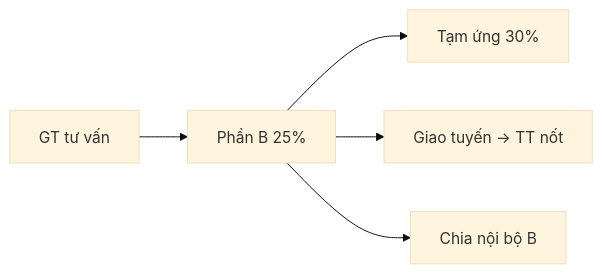
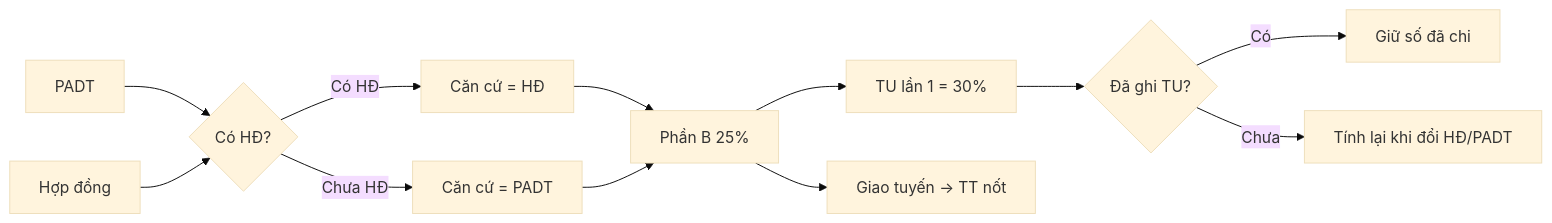
Before and after one commit to iSurvey86/outsource: the diagram in workflows/03_tai_chinh.md, drawn with Mermaid (base theme). The commit also changed other lines of this file and 92 other files, not shown here.

First line of the commit message:
Release OUTSRC 0.3.0: sổ hợp đồng và hồ sơ theo thư mục.

````diff
--- a/workflows/03_tai_chinh.md
+++ b/workflows/03_tai_chinh.md
@@ -18,7 +19,14 @@
 ```mermaid
 flowchart LR
-  GT[GT tư vấn] --> P25["Phần B 25%"]
-  P25 --> TU["Tạm ứng 30%"]
+  PADT[PADT] --> Pick{Có HĐ?}
+  HD[Hợp đồng] --> Pick
+  Pick -->|Có HĐ| Base[Căn cứ = HĐ]
+  Pick -->|Chưa HĐ| Base2[Căn cứ = PADT]
+  Base --> P25["Phần B 25%"]
+  Base2 --> P25
+  P25 --> TU["TU lần 1 = 30%"]
+  TU --> Lock{Đã ghi TU?}
+  Lock -->|Có| Keep[Giữ số đã chi]
+  Lock -->|Chưa| Recalc[Tính lại khi đổi HĐ/PADT]
   P25 --> GT_line[Giao tuyến → TT nốt]
-  P25 --> NB[Chia nội bộ B]
 ```
````
